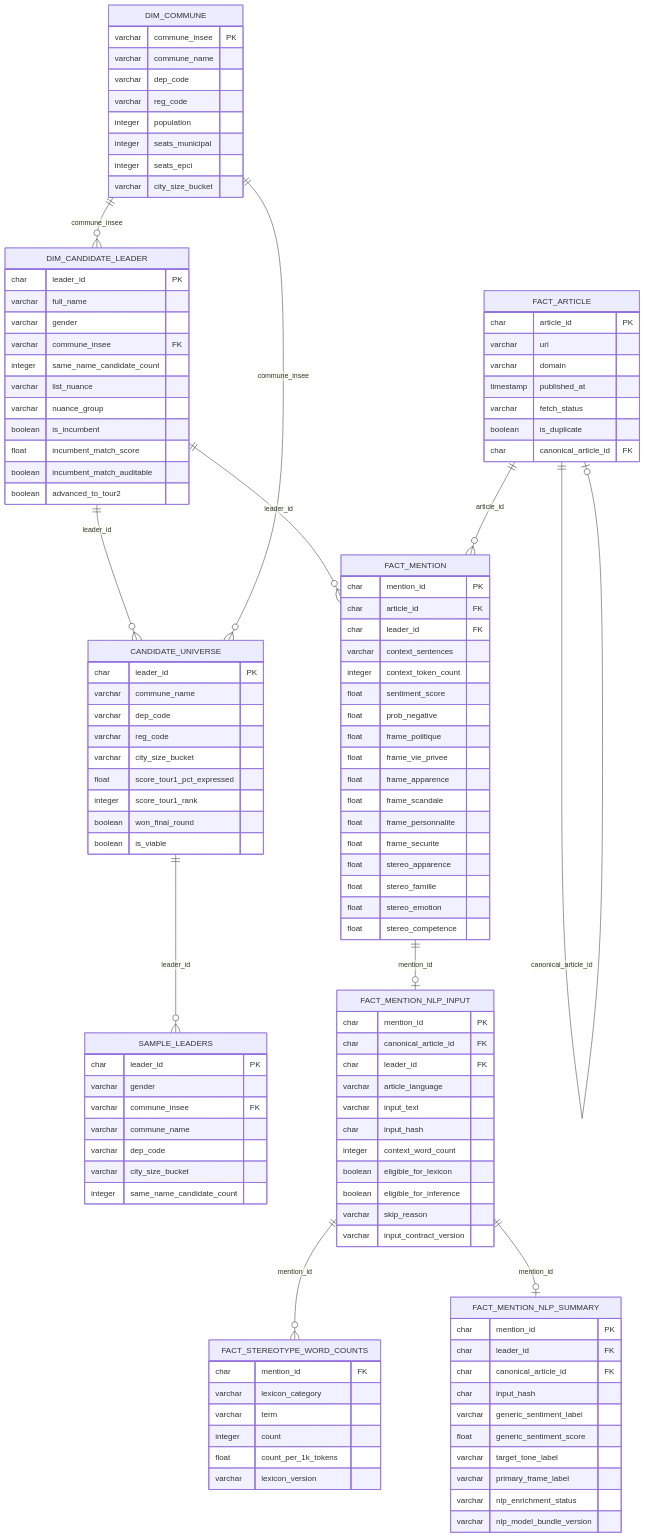
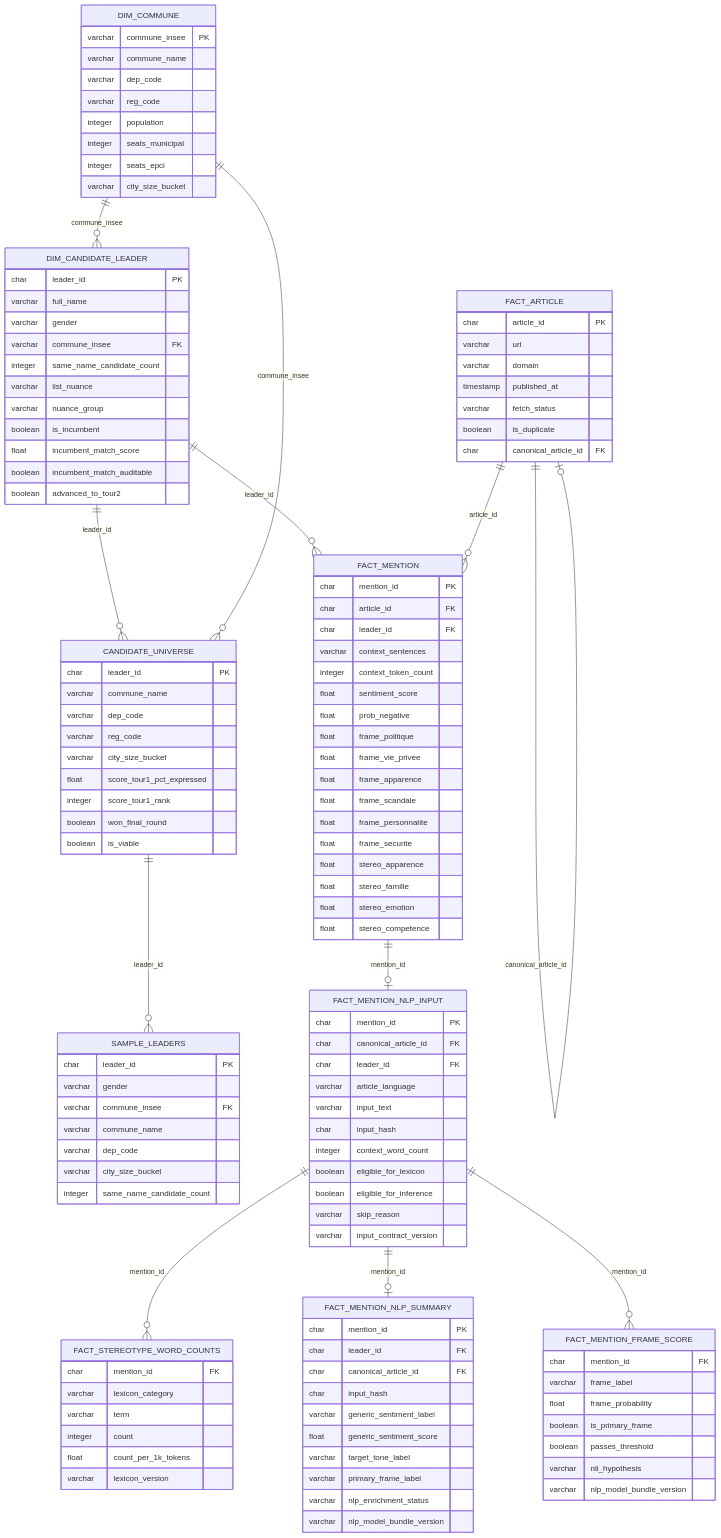
The second of 2 diagrams in docs/architecture.md (cchoooots98/election-gender-bias_D4W), drawn with Mermaid before and after one commit. The commit also changed other lines of this file and 4 other files, not shown here.

First line of the commit message:
docs(nlp): update architecture, data model, metric dictionary, runbook, README for Phase 4

````diff
--- a/docs/architecture.md
+++ b/docs/architecture.md
@@ -234,6 +242,16 @@
         varchar nlp_model_bundle_version
     }
 
+    FACT_MENTION_FRAME_SCORE {
+        char    mention_id FK
+        varchar frame_label
+        float   frame_probability
+        boolean is_primary_frame
+        boolean passes_threshold
+        varchar nli_hypothesis
+        varchar nlp_model_bundle_version
+    }
+
     DIM_COMMUNE ||--o{ DIM_CANDIDATE_LEADER : "commune_insee"
     DIM_CANDIDATE_LEADER ||--o{ CANDIDATE_UNIVERSE : "leader_id"
     DIM_COMMUNE ||--o{ CANDIDATE_UNIVERSE : "commune_insee"
@@ -244,4 +262,5 @@
     FACT_MENTION ||--o| FACT_MENTION_NLP_INPUT : "mention_id"
     FACT_MENTION_NLP_INPUT ||--o{ FACT_STEREOTYPE_WORD_COUNTS : "mention_id"
     FACT_MENTION_NLP_INPUT ||--o| FACT_MENTION_NLP_SUMMARY : "mention_id"
+    FACT_MENTION_NLP_INPUT ||--o{ FACT_MENTION_FRAME_SCORE : "mention_id"
 ```
````
